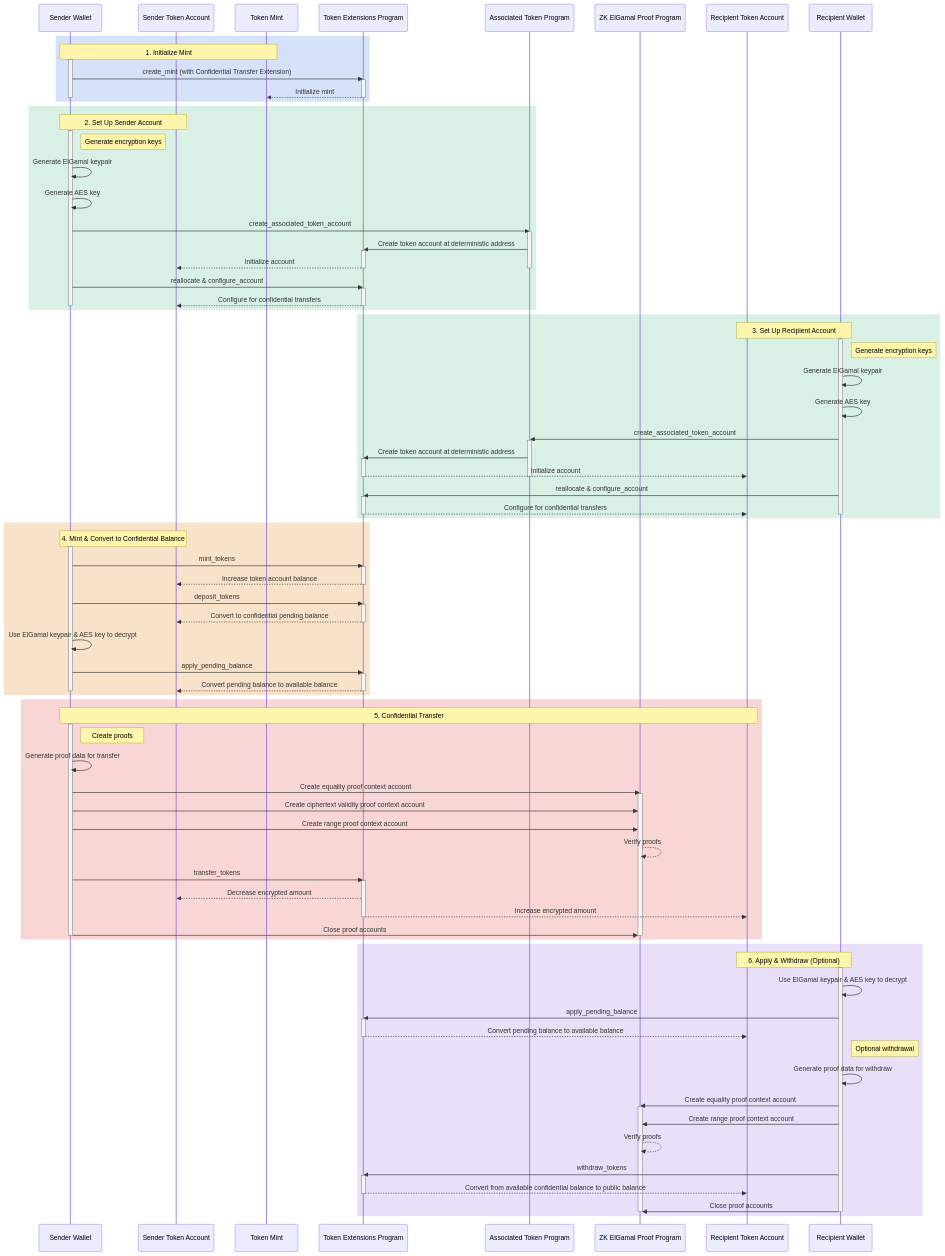
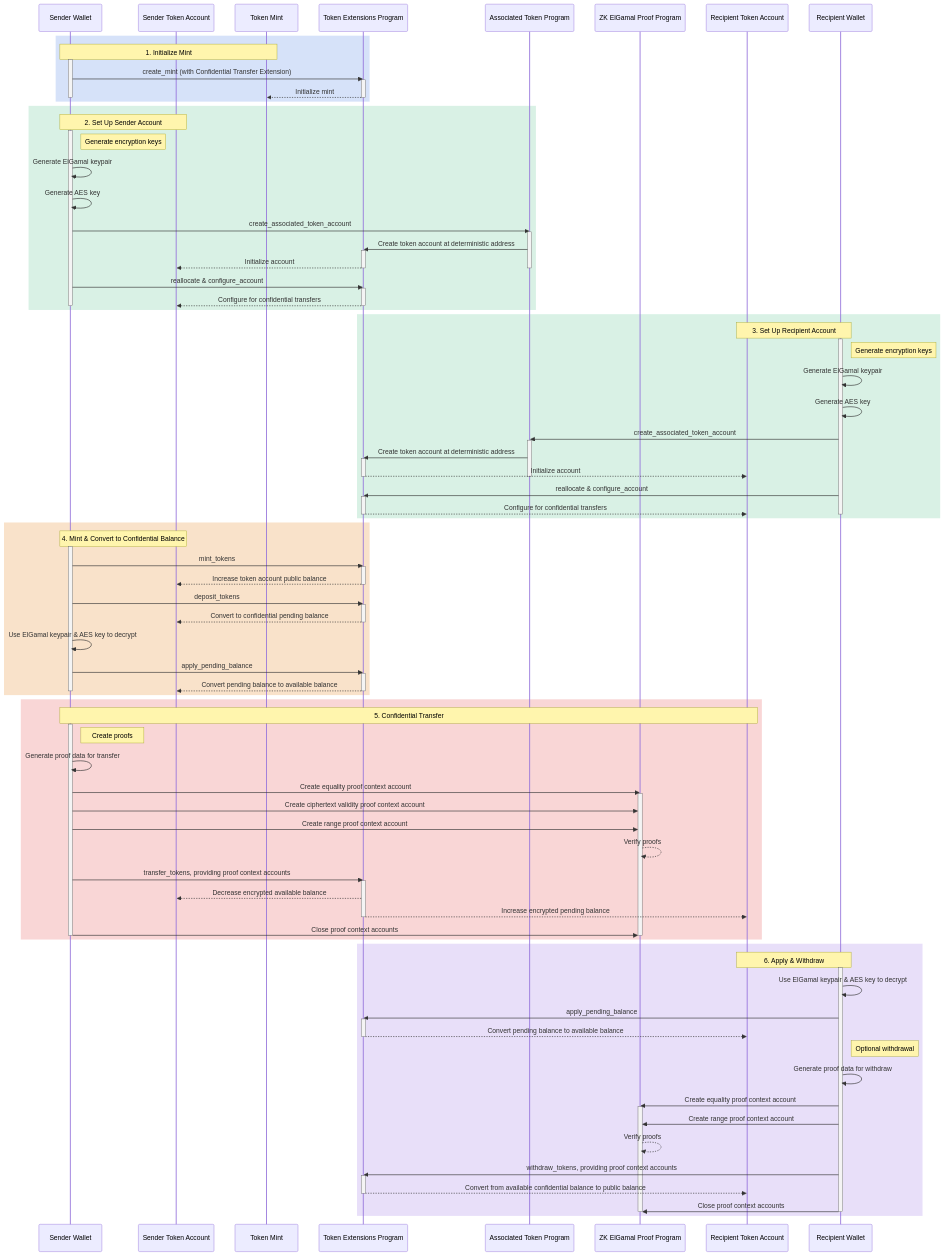
The second of 2 diagrams in content/docs/tokens/extensions/confidential-transfer/index.mdx (solana-foundation/solana-com), drawn with Mermaid before and after one commit. The commit also changed other lines of this file and 6 other files, not shown here.

```diff
--- a/content/docs/tokens/extensions/confidential-transfer/index.mdx
+++ b/content/docs/tokens/extensions/confidential-transfer/index.mdx
@@ -175,7 +175,7 @@
     activate Sender
     Sender->>Token22: mint_tokens
     activate Token22
-    Token22-->>SenderAccount: Increase token account balance
+    Token22-->>SenderAccount: Increase token account public balance
     deactivate Token22
 
     Sender->>Token22: deposit_tokens
@@ -204,19 +204,19 @@
     Sender->>ElGamal: Create range proof context account
     ElGamal-->>ElGamal: Verify proofs
 
-    Sender->>Token22: transfer_tokens
+    Sender->>Token22: transfer_tokens, providing proof context accounts
     activate Token22
-    Token22-->>SenderAccount: Decrease encrypted amount
-    Token22-->>RecipientAccount: Increase encrypted amount
+    Token22-->>SenderAccount: Decrease encrypted available balance
+    Token22-->>RecipientAccount: Increase encrypted pending balance
     deactivate Token22
 
-    Sender->>ElGamal: Close proof accounts
+    Sender->>ElGamal: Close proof context accounts
     deactivate ElGamal
     deactivate Sender
     end
 
     rect rgba(180, 150, 235, 0.3)
-    Note over Recipient,RecipientAccount: 6. Apply & Withdraw (Optional)
+    Note over Recipient,RecipientAccount: 6. Apply & Withdraw
 
     activate Recipient
     Recipient->>Recipient: Use ElGamal keypair & AES key to decrypt
@@ -233,12 +233,12 @@
     Recipient->>ElGamal: Create range proof context account
     ElGamal-->>ElGamal: Verify proofs
 
-    Recipient->>Token22: withdraw_tokens
+    Recipient->>Token22: withdraw_tokens, providing proof context accounts
     activate Token22
     Token22-->>RecipientAccount: Convert from available confidential balance to public balance
     deactivate Token22
 
-    Recipient->>ElGamal: Close proof accounts
+    Recipient->>ElGamal: Close proof context accounts
     deactivate ElGamal
     deactivate Recipient
     end
```
